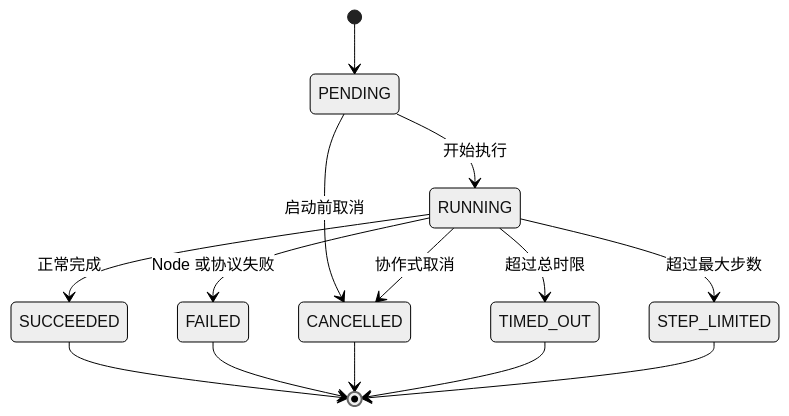
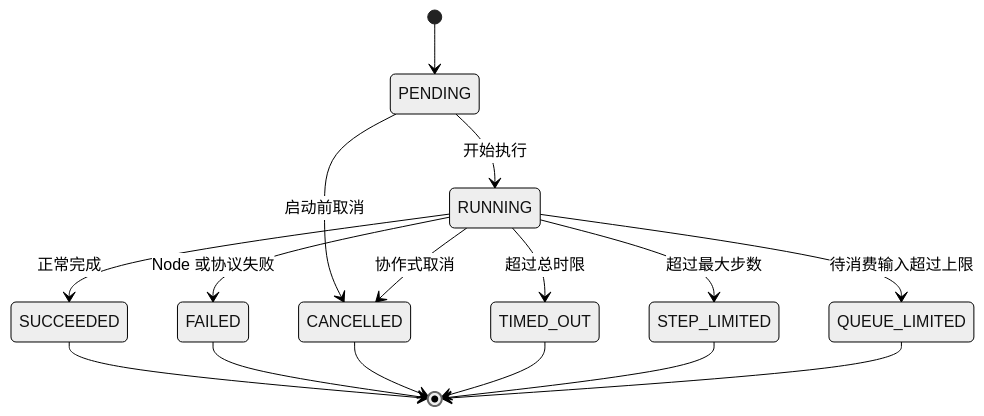
The first of 2 diagrams in docs/05-execution.md (KKKKKKKEM/interlace), drawn with Mermaid (neutral theme) before and after one commit. The commit also changed other lines of this file and 93 other files, not shown here.

````diff
--- a/docs/05-execution.md
+++ b/docs/05-execution.md
@@ -202,16 +260,18 @@
 ```mermaid
 stateDiagram-v2
     [*] --> PENDING
     PENDING --> RUNNING: 开始执行
     PENDING --> CANCELLED: 启动前取消
     RUNNING --> SUCCEEDED: 正常完成
     RUNNING --> FAILED: Node 或协议失败
     RUNNING --> CANCELLED: 协作式取消
     RUNNING --> TIMED_OUT: 超过总时限
     RUNNING --> STEP_LIMITED: 超过最大步数
+    RUNNING --> QUEUE_LIMITED: 待消费输入超过上限
     SUCCEEDED --> [*]
     FAILED --> [*]
     CANCELLED --> [*]
     TIMED_OUT --> [*]
     STEP_LIMITED --> [*]
+    QUEUE_LIMITED --> [*]
 ```
````
